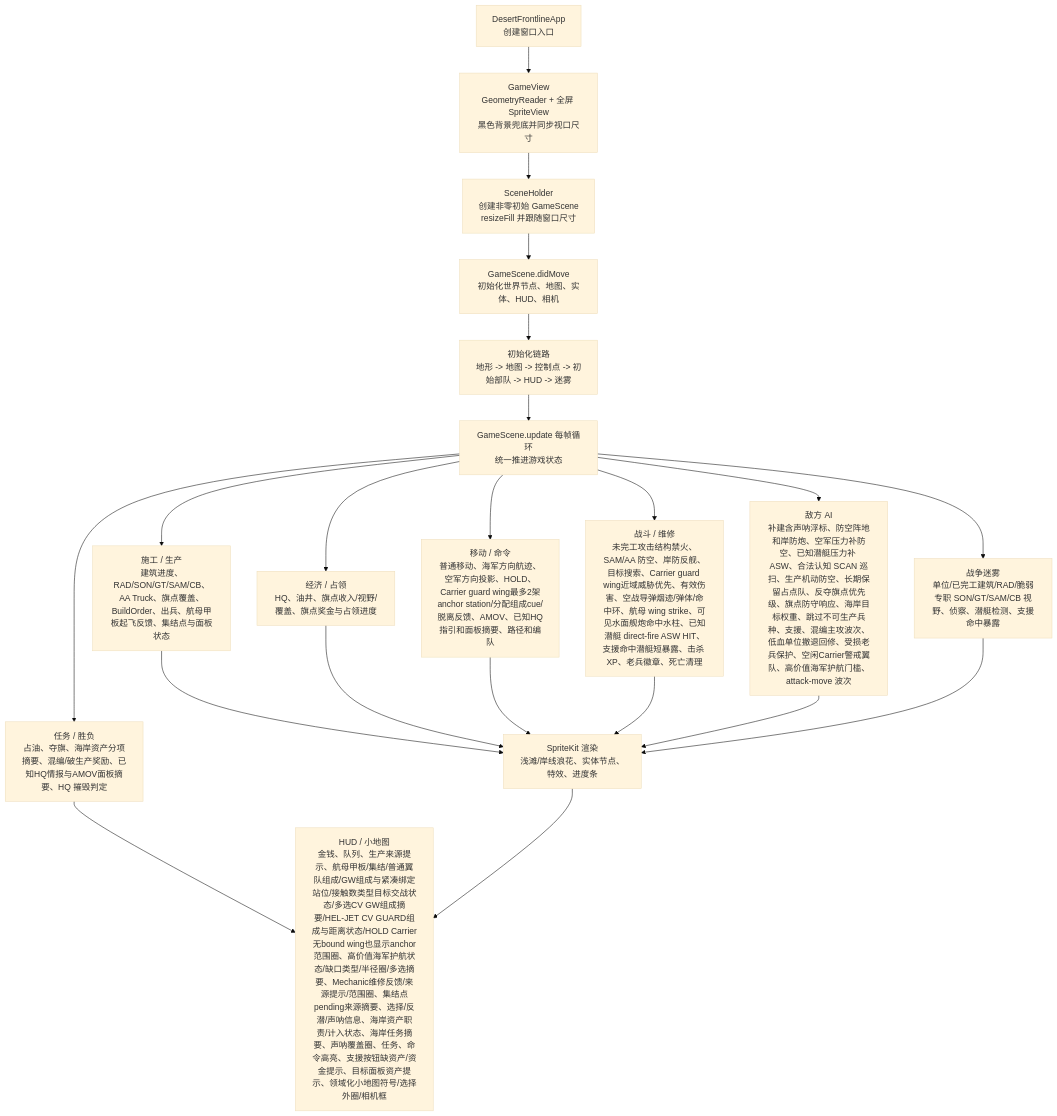
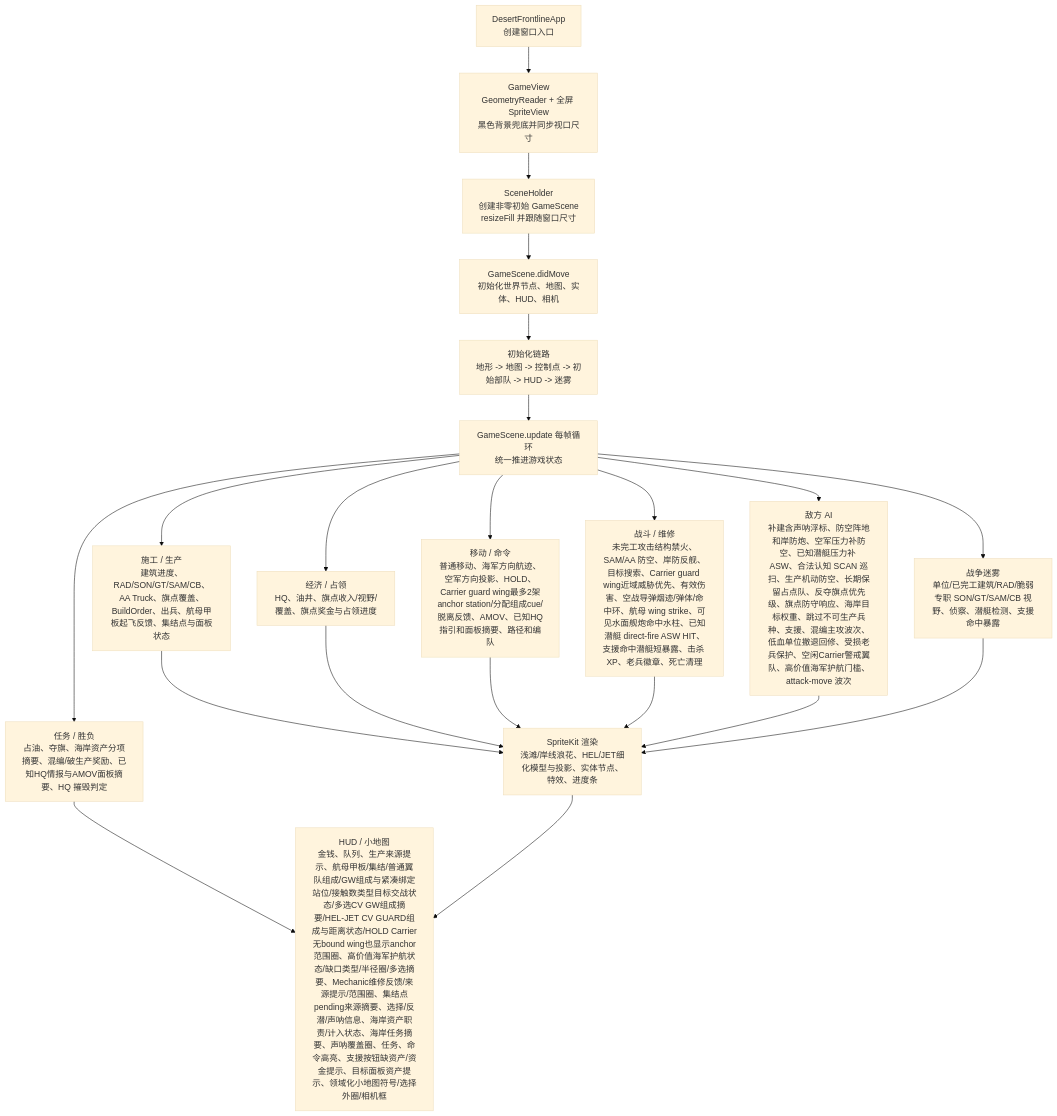
Before and after one commit to Altman-sam114/1145: the first of 3 diagrams in md/flow/flowchart.md, drawn with Mermaid (base theme). The commit also changed 5 other files, not shown here.

````diff
--- a/md/flow/flowchart.md
+++ b/md/flow/flowchart.md
@@ -9,23 +9,23 @@
 ```mermaid
 flowchart TD
   App["DesertFrontlineApp\n创建窗口入口"] --> View["GameView\nGeometryReader + 全屏 SpriteView\n黑色背景兜底并同步视口尺寸"]
   View --> Holder["SceneHolder\n创建非零初始 GameScene\nresizeFill 并跟随窗口尺寸"]
   Holder --> Scene["GameScene.didMove\n初始化世界节点、地图、实体、HUD、相机"]
   Scene --> Init["初始化链路\n地形 -> 地图 -> 控制点 -> 初始部队 -> HUD -> 迷雾"]
   Init --> Loop["GameScene.update 每帧循环\n统一推进游戏状态"]
   Loop --> Build["施工 / 生产\n建筑进度、RAD/SON/GT/SAM/CB、AA Truck、旗点覆盖、BuildOrder、出兵、航母甲板起飞反馈、集结点与面板状态"]
   Loop --> Economy["经济 / 占领\nHQ、油井、旗点收入/视野/覆盖、旗点奖金与占领进度"]
   Loop --> Commands["移动 / 命令\n普通移动、海军方向航迹、空军方向投影、HOLD、Carrier guard wing最多2架anchor station/分配组成cue/脱离反馈、AMOV、已知HQ指引和面板摘要、路径和编队"]
   Loop --> Combat["战斗 / 维修\n未完工攻击结构禁火、SAM/AA 防空、岸防反舰、目标搜索、Carrier guard wing近域威胁优先、有效伤害、空战导弹烟迹/弹体/命中环、航母 wing strike、可见水面舰炮命中水柱、已知潜艇 direct-fire ASW HIT、支援命中潜艇短暴露、击杀 XP、老兵徽章、死亡清理"]
   Loop --> AI["敌方 AI\n补建含声呐浮标、防空阵地和岸防炮、空军压力补防空、已知潜艇压力补 ASW、合法认知 SCAN 巡扫、生产机动防空、长期保留占点队、反夺旗点优先级、旗点防守响应、海岸目标权重、跳过不可生产兵种、支援、混编主攻波次、低血单位撤退回修、受损老兵保护、空闲Carrier警戒翼队、高价值海军护航门槛、attack-move 波次"]
   Loop --> Fog["战争迷雾\n单位/已完工建筑/RAD/脆弱专职 SON/GT/SAM/CB 视野、侦察、潜艇检测、支援命中暴露"]
   Loop --> Mission["任务 / 胜负\n占油、夺旗、海岸资产分项摘要、混编/破生产奖励、已知HQ情报与AMOV面板摘要、HQ 摧毁判定"]
-  Build --> Render["SpriteKit 渲染\n浅滩/岸线浪花、实体节点、特效、进度条"]
+  Build --> Render["SpriteKit 渲染\n浅滩/岸线浪花、HEL/JET细化模型与投影、实体节点、特效、进度条"]
   Economy --> Render
   Commands --> Render
   Combat --> Render
   AI --> Render
   Fog --> Render
   Mission --> HUD["HUD / 小地图\n金钱、队列、生产来源提示、航母甲板/集结/普通翼队组成/GW组成与紧凑绑定站位/接触数类型目标交战状态/多选CV GW组成摘要/HEL-JET CV GUARD组成与距离状态/HOLD Carrier无bound wing也显示anchor范围圈、高价值海军护航状态/缺口类型/半径圈/多选摘要、Mechanic维修反馈/来源提示/范围圈、集结点pending来源摘要、选择/反潜/声呐信息、海岸资产职责/计入状态、海岸任务摘要、声呐覆盖圈、任务、命令高亮、支援按钮缺资产/资金提示、目标面板资产提示、领域化小地图符号/选择外圈/相机框"]
   Render --> HUD
 ```
````
